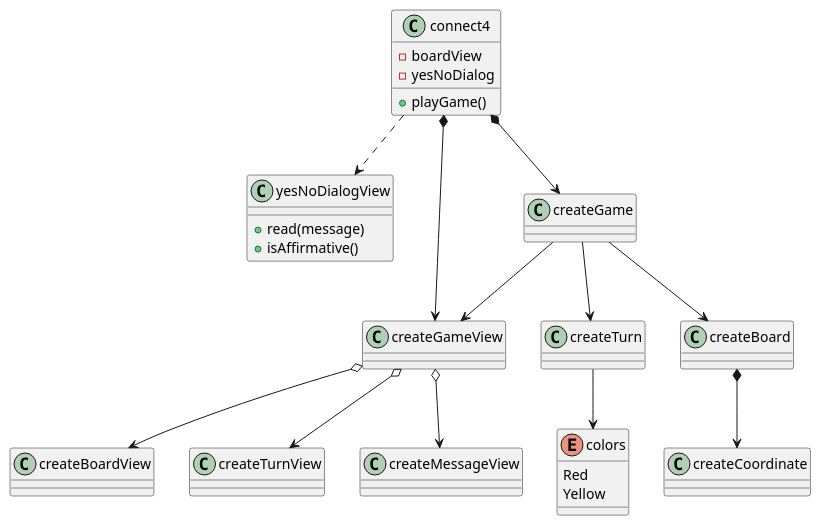
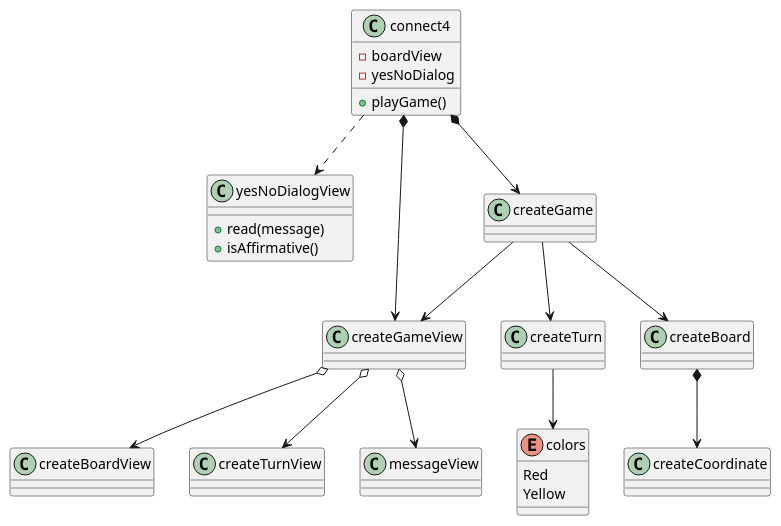
One commit to jumpering/connect4 changed the diagram in UML/softwareModel_v2.puml. Above: the diagram before and after it, drawn with PlantUML. The commit also changed 2 other files, not shown here.

```diff
--- a/UML/softwareModel_v2.puml
+++ b/UML/softwareModel_v2.puml
@@ -1,65 +1,65 @@
 @startuml
 
 class connect4{
     - boardView
     - yesNoDialog
     + playGame()
 }
 class yesNoDialogView{
     + read(message)
     + isAffirmative()
 }
 
 class createGame{
 
 }
 
 class createGameView{
 
 }
 
 
 class createBoardView{
 
 }
 
 class createTurn{
 
 }
 
 class createTurnView{
 
 
 }
 
-class createMessageView{
+class messageView{
 
 }
 
 class createCoordinate{
 
 }
 
 enum colors{
 Red
 Yellow
 }
 
 
 connect4 ..> yesNoDialogView
 connect4 *--> createGame
 connect4 *--> createGameView
 createGame --> createBoard
 createGame --> createTurn
 
 
 createGame --> createGameView
 createGameView o--> createBoardView
 createGameView o--> createTurnView
-createGameView o--> createMessageView
+createGameView o--> messageView
 
 createBoard *--> createCoordinate
 
 createTurn --> colors
 
 @enduml
```
